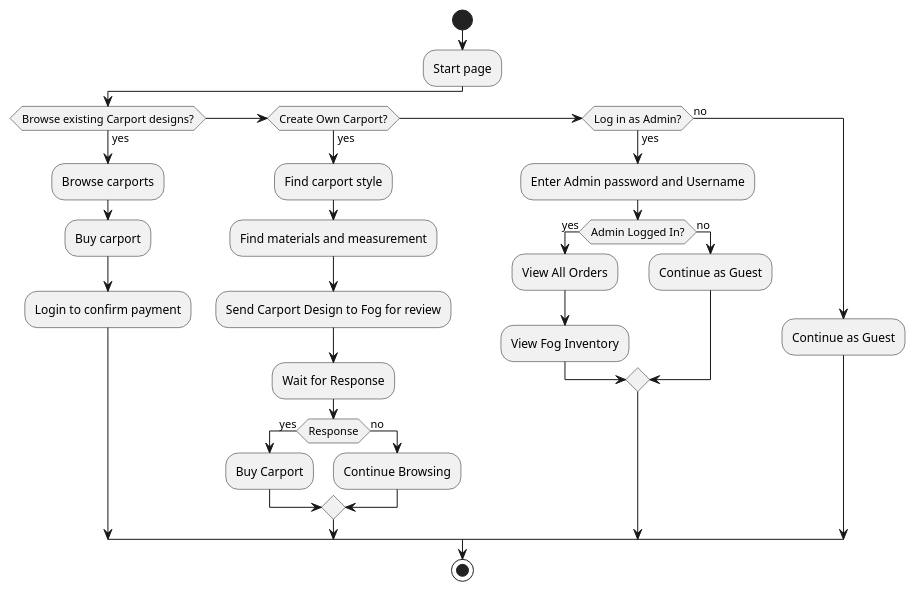
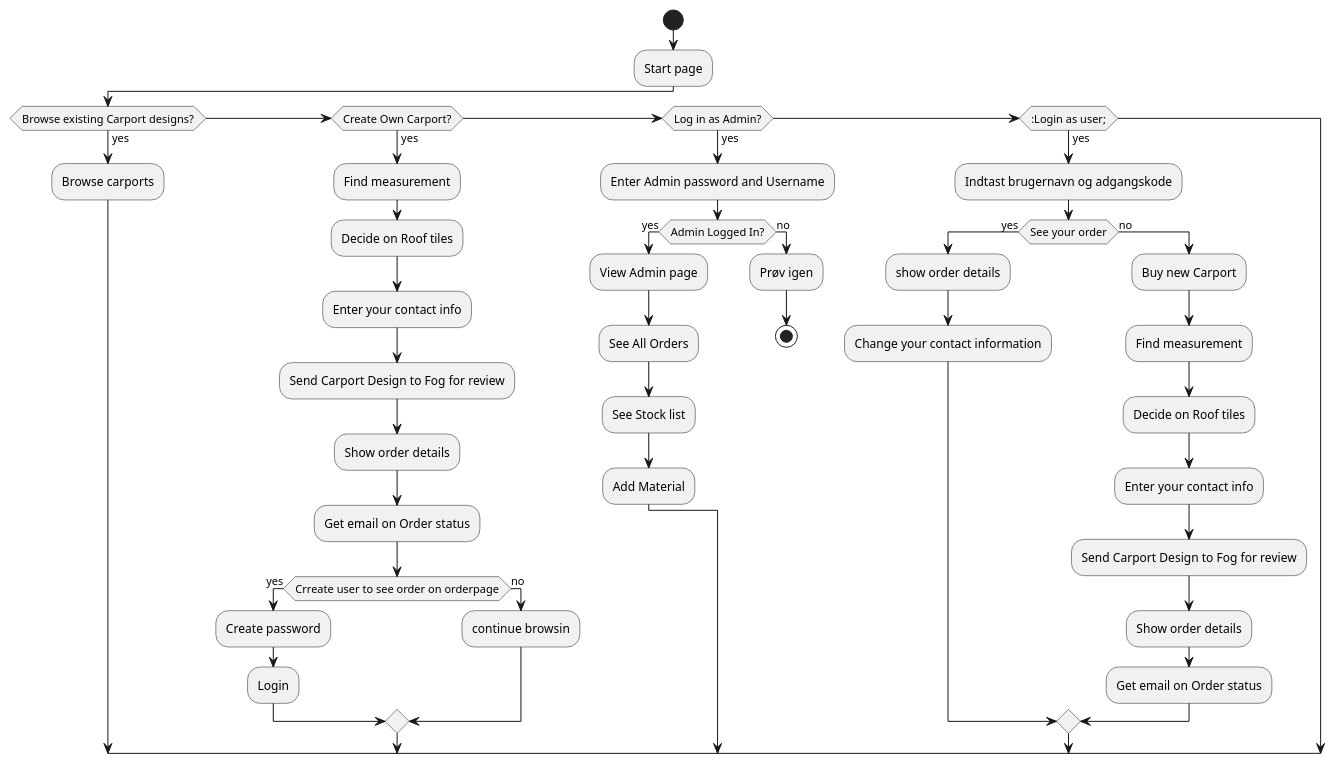
Before and after one commit to Magnewei/EksamensOpgave_FogCarport: the diagram in src/main/resources/diagram/Activity.puml, drawn with PlantUML. The commit also changed 1 other file, not shown here.

```diff
--- a/src/main/resources/diagram/Activity.puml
+++ b/src/main/resources/diagram/Activity.puml
@@ -1,33 +1,50 @@
 @startuml
 
 start
 :Start page;
 if (Browse existing Carport designs?) then (yes)
   :Browse carports;
-  :Buy carport;
-  :Login to confirm payment;
+
 elseif (Create Own Carport?) then (yes)
-  :Find carport style;
-  :Find materials and measurement;
+  :Find measurement;
+  :Decide on Roof tiles;
+  :Enter your contact info;
   :Send Carport Design to Fog for review;
-  :Wait for Response;
-  if (Response) then (yes)
-    :Buy Carport;
+  :Show order details;
+  :Get email on Order status;
+  if (Crreate user to see order on orderpage) then (yes)
+  :Create password;
+  :Login;
   else (no)
-    :Continue Browsing;
+  :continue browsin;
   endif
+
 elseif (Log in as Admin?) then (yes)
   :Enter Admin password and Username;
   if (Admin Logged In?) then (yes)
-    :View All Orders;
-    :View Fog Inventory;
+    :View Admin page;
+    :See All Orders;
+    :See Stock list;
+    :Add Material;
   else (no)
-    :Continue as Guest;
+    :Prøv igen;
+    stop
+
   endif
-else (no)
-  :Continue as Guest;
-endif
 
-stop
+   elseif (:Login as user;) then (yes)
+    :Indtast brugernavn og adgangskode;
+    if(See your order) then (yes)
+    :show order details;
+    :Change your contact information;
+    else (no)
+    :Buy new Carport;
+    :Find measurement;
+      :Decide on Roof tiles;
+      :Enter your contact info;
+      :Send Carport Design to Fog for review;
+      :Show order details;
+      :Get email on Order status;
+
 
 @enduml
```
